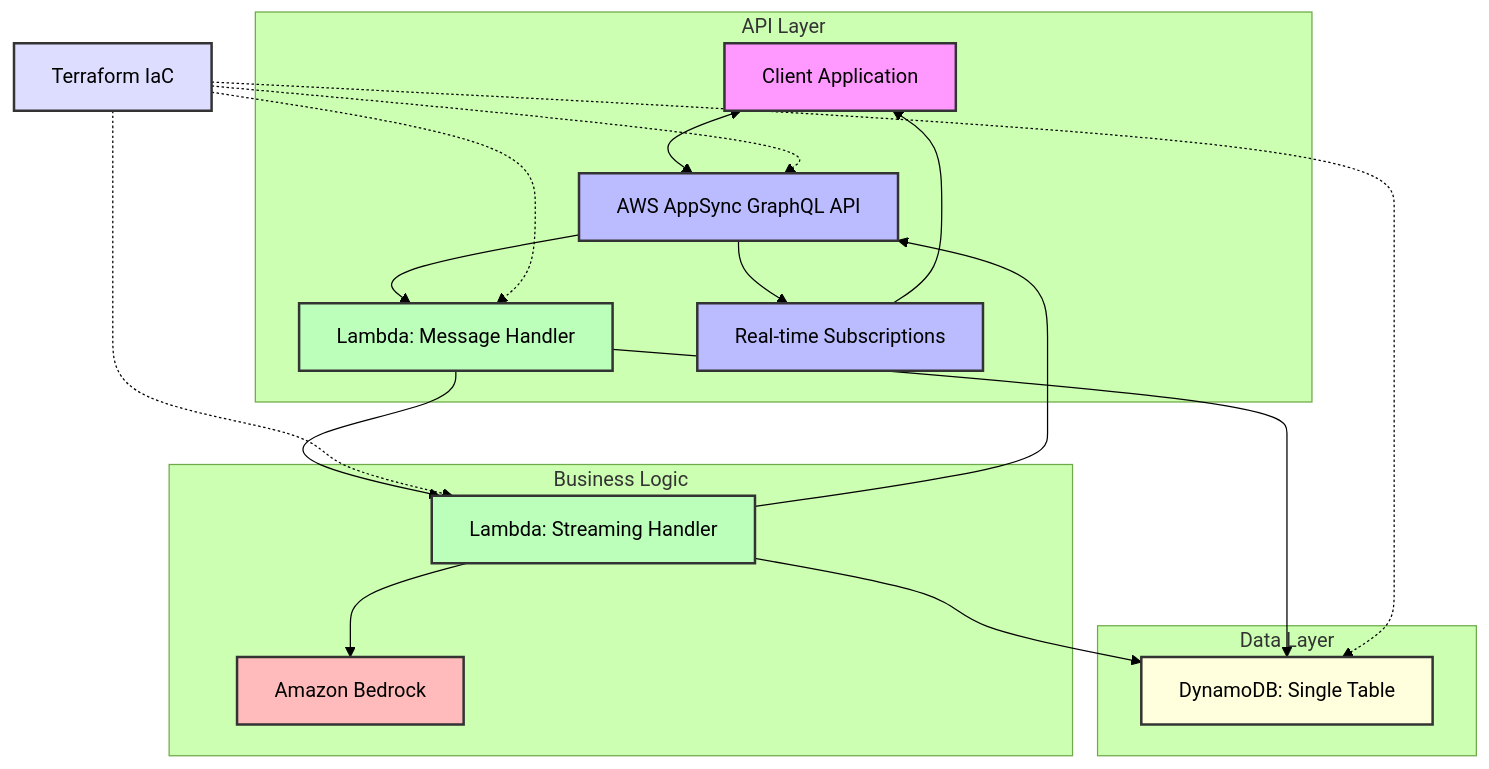
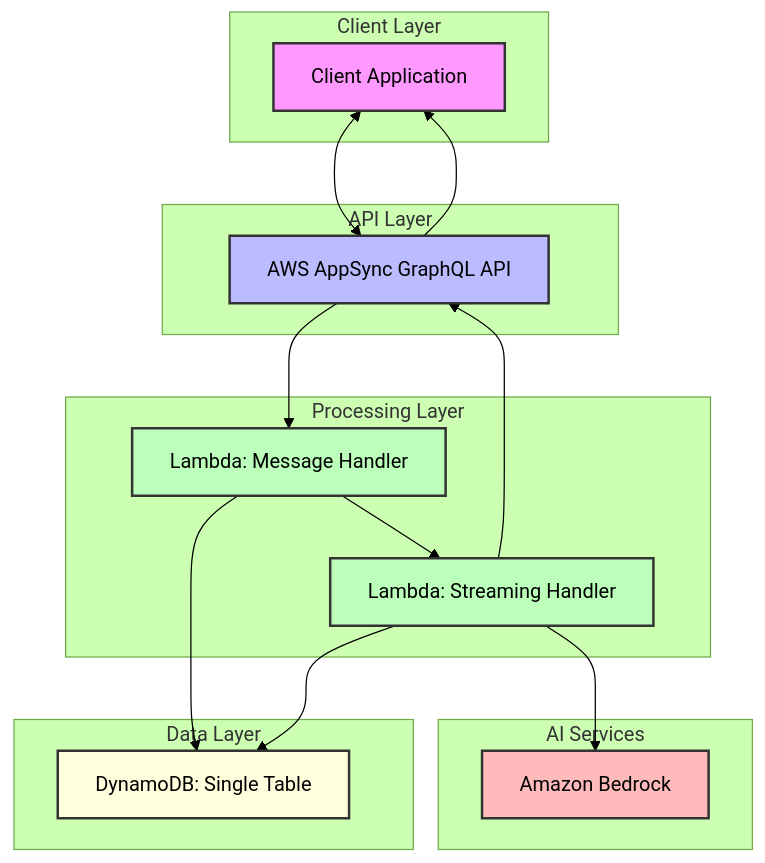
One commit to aws-samples/sample-aws-appsync-bedrock-chatbot-terraform changed the first of 3 diagrams in README.md. Above: the diagram before and after it, drawn with Mermaid (forest theme). The commit also changed other lines of this file and 3 other files, not shown here.

First line of the commit message:
docs: improve architecture documentation and diagrams

````diff
--- a/README.md
+++ b/README.md
@@ -9,36 +9,39 @@
 ```mermaid
 flowchart TD
-    Client[Client Application] <--> AppSync[AWS AppSync GraphQL API]
+    subgraph "Client Layer"
+        Client[Client Application]
+    end
     
     subgraph "API Layer"
-        AppSync --> MessageHandler[Lambda: Message Handler]
-        AppSync --> Subscriptions[Real-time Subscriptions]
-        Subscriptions --> Client
+        AppSync[AWS AppSync GraphQL API]
     end
     
-    subgraph "Business Logic"
-        MessageHandler --> StreamingHandler[Lambda: Streaming Handler]
-        StreamingHandler --> Bedrock[Amazon Bedrock]
+    subgraph "Processing Layer"
+        MessageHandler[Lambda: Message Handler]
+        StreamingHandler[Lambda: Streaming Handler]
+    end
+    
+    subgraph "AI Services"
+        Bedrock[Amazon Bedrock]
     end
     
     subgraph "Data Layer"
-        MessageHandler --> DynamoDBTable[DynamoDB: Single Table]
-        StreamingHandler --> DynamoDBTable
+        DynamoDBTable[DynamoDB: Single Table]
     end
     
+    Client <--> AppSync
+    AppSync --> MessageHandler
+    MessageHandler --> StreamingHandler
+    StreamingHandler --> Bedrock
+    MessageHandler --> DynamoDBTable
+    StreamingHandler --> DynamoDBTable
     StreamingHandler --> AppSync
-    
-    Terraform[Terraform IaC] -.-> AppSync
-    Terraform -.-> MessageHandler
-    Terraform -.-> StreamingHandler
-    Terraform -.-> DynamoDBTable
+    AppSync --> Client
     
     style Client fill:#f9f,stroke:#333,stroke-width:2px
     style AppSync fill:#bbf,stroke:#333,stroke-width:2px
     style MessageHandler fill:#bfb,stroke:#333,stroke-width:2px
     style StreamingHandler fill:#bfb,stroke:#333,stroke-width:2px
     style Bedrock fill:#fbb,stroke:#333,stroke-width:2px
     style DynamoDBTable fill:#ffd,stroke:#333,stroke-width:2px
-    style Terraform fill:#ddf,stroke:#333,stroke-width:2px
-    style Subscriptions fill:#bbf,stroke:#333,stroke-width:2px
 ```
````
